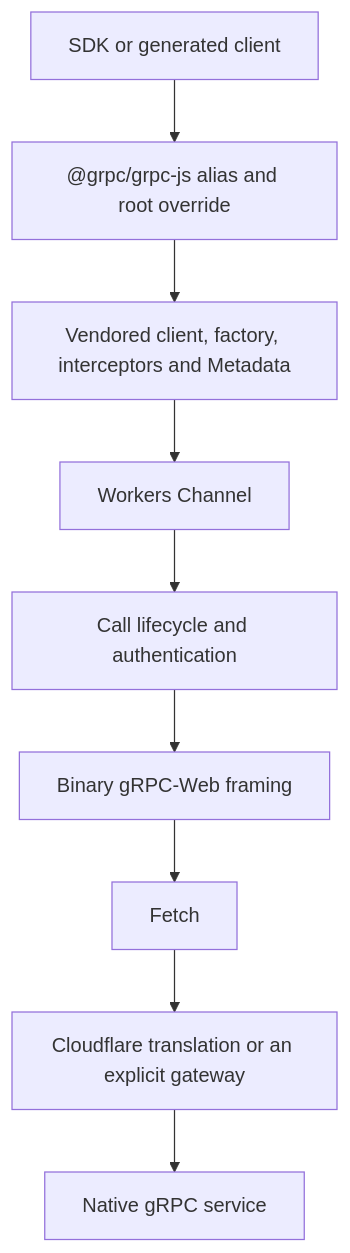
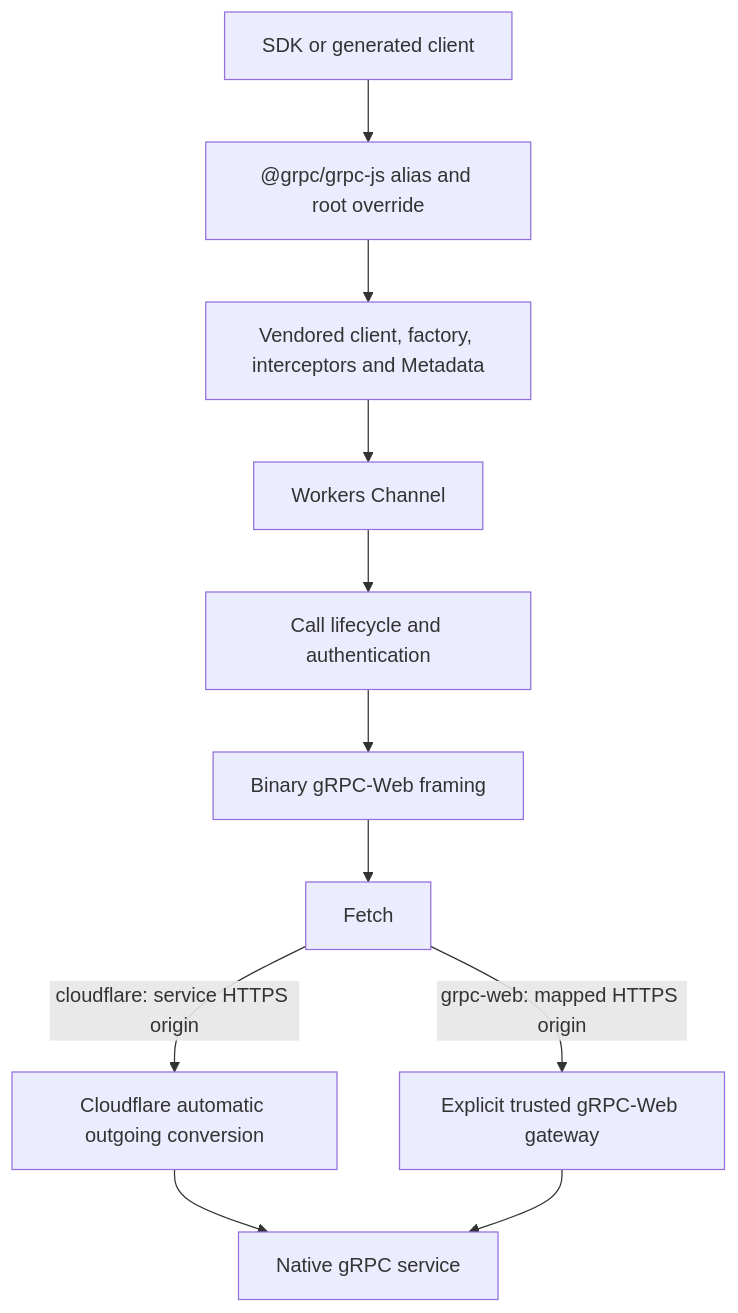
One commit to seo-rii/workers-grpc-adapter changed the diagram in docs/architecture.md. Above: the diagram before and after it, drawn with Mermaid. The commit also changed other lines of this file and 7 other files, not shown here.

Commit message:
docs: distinguish Cloudflare translation and gateway fallback

````diff
--- a/docs/architecture.md
+++ b/docs/architecture.md
@@ -7,11 +7,13 @@
 ```mermaid
 flowchart TD
     SDK[SDK or generated client] --> Alias["@grpc/grpc-js alias and root override"]
     Alias --> Client[Vendored client, factory, interceptors and Metadata]
     Client --> Channel[Workers Channel]
     Channel --> Call[Call lifecycle and authentication]
     Call --> Wire[Binary gRPC-Web framing]
     Wire --> Fetch[Fetch]
-    Fetch --> Gateway[Cloudflare translation or an explicit gateway]
-    Gateway --> Server[Native gRPC service]
+    Fetch -->|"cloudflare: service HTTPS origin"| Cloudflare[Cloudflare automatic outgoing conversion]
+    Fetch -->|"grpc-web: mapped HTTPS origin"| Gateway[Explicit trusted gRPC-Web gateway]
+    Cloudflare --> Server[Native gRPC service]
+    Gateway --> Server
 ```
````
